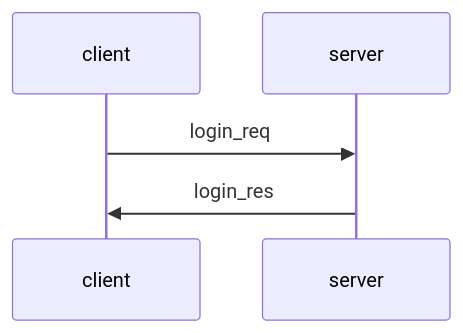
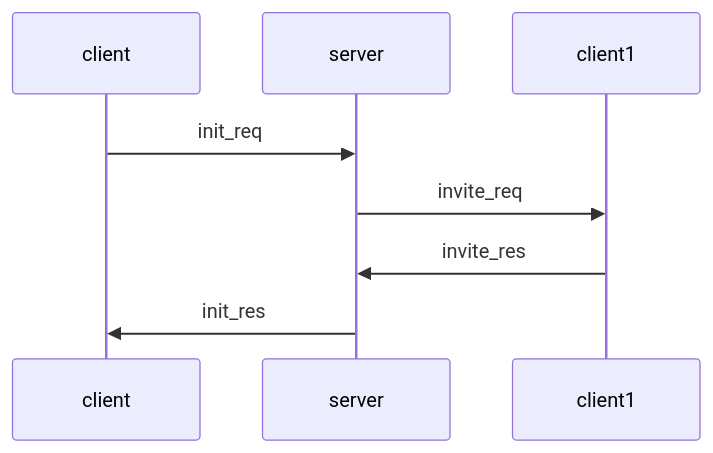
One commit to domkoc/Cryptography_Protocols-SiFT changed the first of 2 diagrams in chat/specification.md. Above: the diagram before and after it, drawn with Mermaid. The commit also changed other lines of this file, not shown here.

Commit message:
init protocol

````diff
--- a/chat/specification.md
+++ b/chat/specification.md
@@ -123,5 +123,7 @@
 ```mermaid
 sequenceDiagram
-    client->>server: login_req
-    server->>client: login_res
+    client->>server: init_req
+    server->>client1: invite_req
+    client1->>server: invite_res
+    server->>client: init_res
 ```
````
